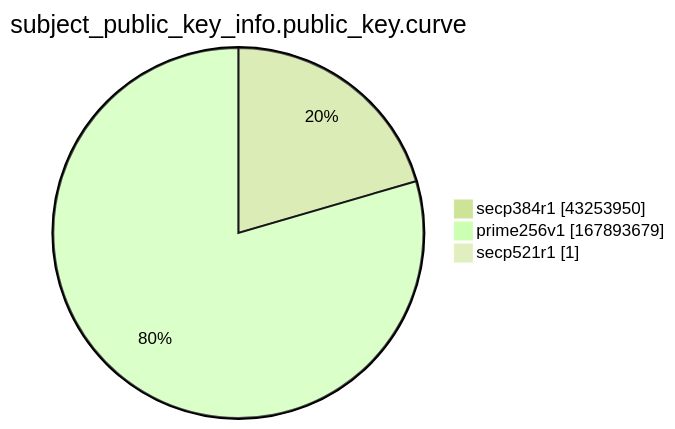
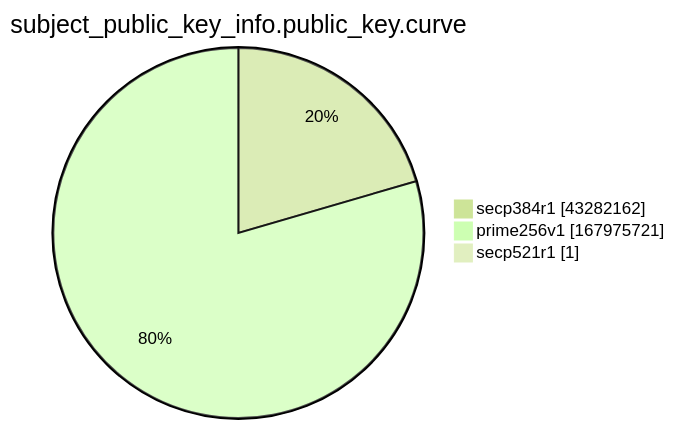
The ninth of 15 diagrams in xenon2022/README.md (christiankrug/ctmonitor_visualization), drawn with Mermaid (forest theme) before and after one commit. The commit also changed other lines of this file, not shown here.

````diff
--- a/xenon2022/README.md
+++ b/xenon2022/README.md
@@ -2869,7 +2870,7 @@
 ```mermaid
 pie showData
 title subject_public_key_info.public_key.curve
-"secp384r1" :43253950
-"prime256v1" :167893679
+"secp384r1" :43282162
+"prime256v1" :167975721
 "secp521r1" :1
 ```
````
